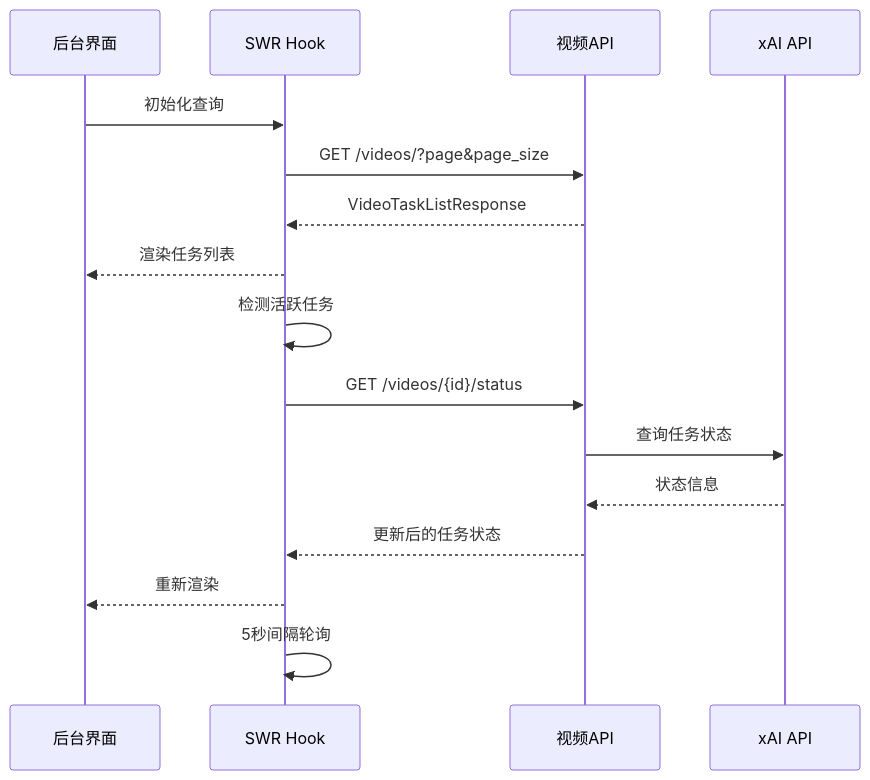
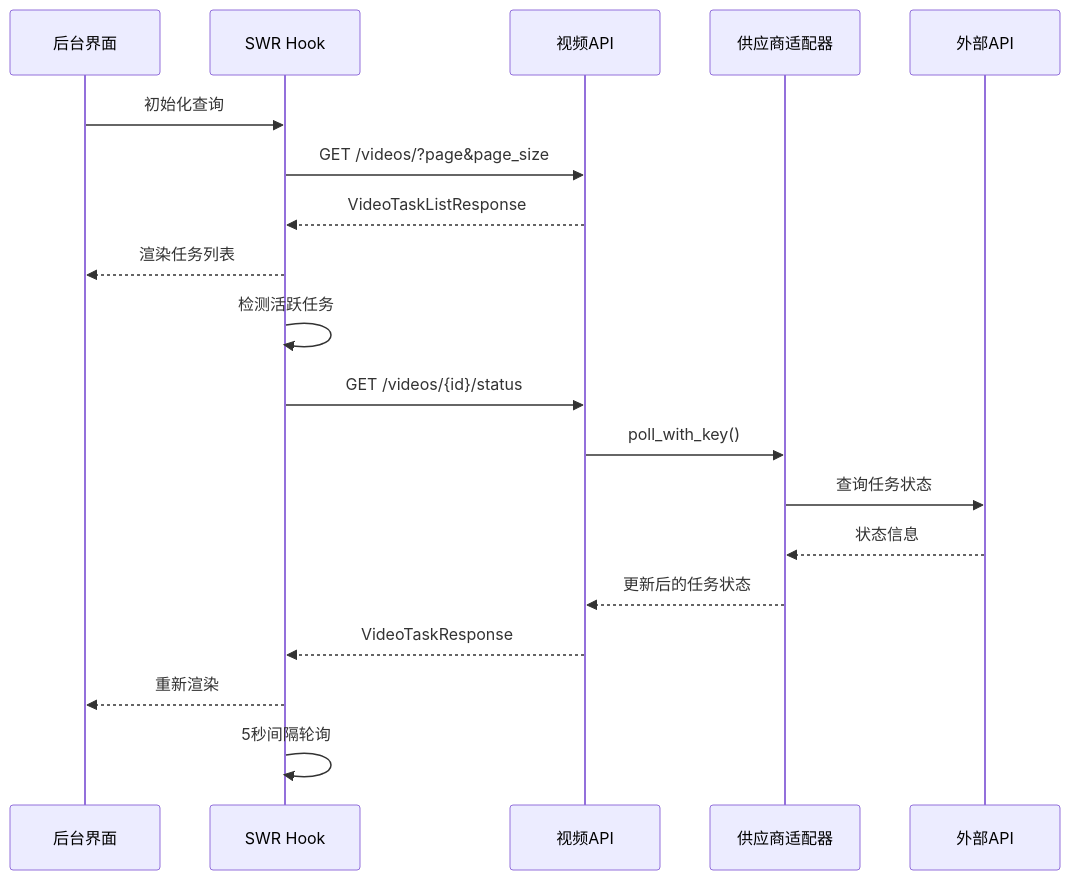
One commit to KunLabAI/KunFlix changed the ninth of 12 diagrams in .qoder/repowiki/zh/content/API接口文档/视频生成API文档.md. Above: the diagram before and after it, drawn with Mermaid. The commit also changed other lines of this file and 10 other files, not shown here.

````diff
--- a/.qoder/repowiki/zh/content/API接口文档/视频生成API文档.md
+++ b/.qoder/repowiki/zh/content/API接口文档/视频生成API文档.md
@@ -505,18 +622,21 @@
 ```mermaid
 sequenceDiagram
 participant AdminUI as 后台界面
 participant SWR as SWR Hook
 participant API as 视频API
-participant xAI as xAI API
+participant Adapter as 供应商适配器
+participant External as 外部API
 AdminUI->>SWR : 初始化查询
 SWR->>API : GET /videos/?page&page_size
 API-->>SWR : VideoTaskListResponse
 SWR-->>AdminUI : 渲染任务列表
 SWR->>SWR : 检测活跃任务
 SWR->>API : GET /videos/{id}/status
-API->>xAI : 查询任务状态
-xAI-->>API : 状态信息
-API-->>SWR : 更新后的任务状态
+API->>Adapter : poll_with_key()
+Adapter->>External : 查询任务状态
+External-->>Adapter : 状态信息
+Adapter-->>API : 更新后的任务状态
+API-->>SWR : VideoTaskResponse
 SWR-->>AdminUI : 重新渲染
 SWR->>SWR : 5秒间隔轮询
 ```
````
